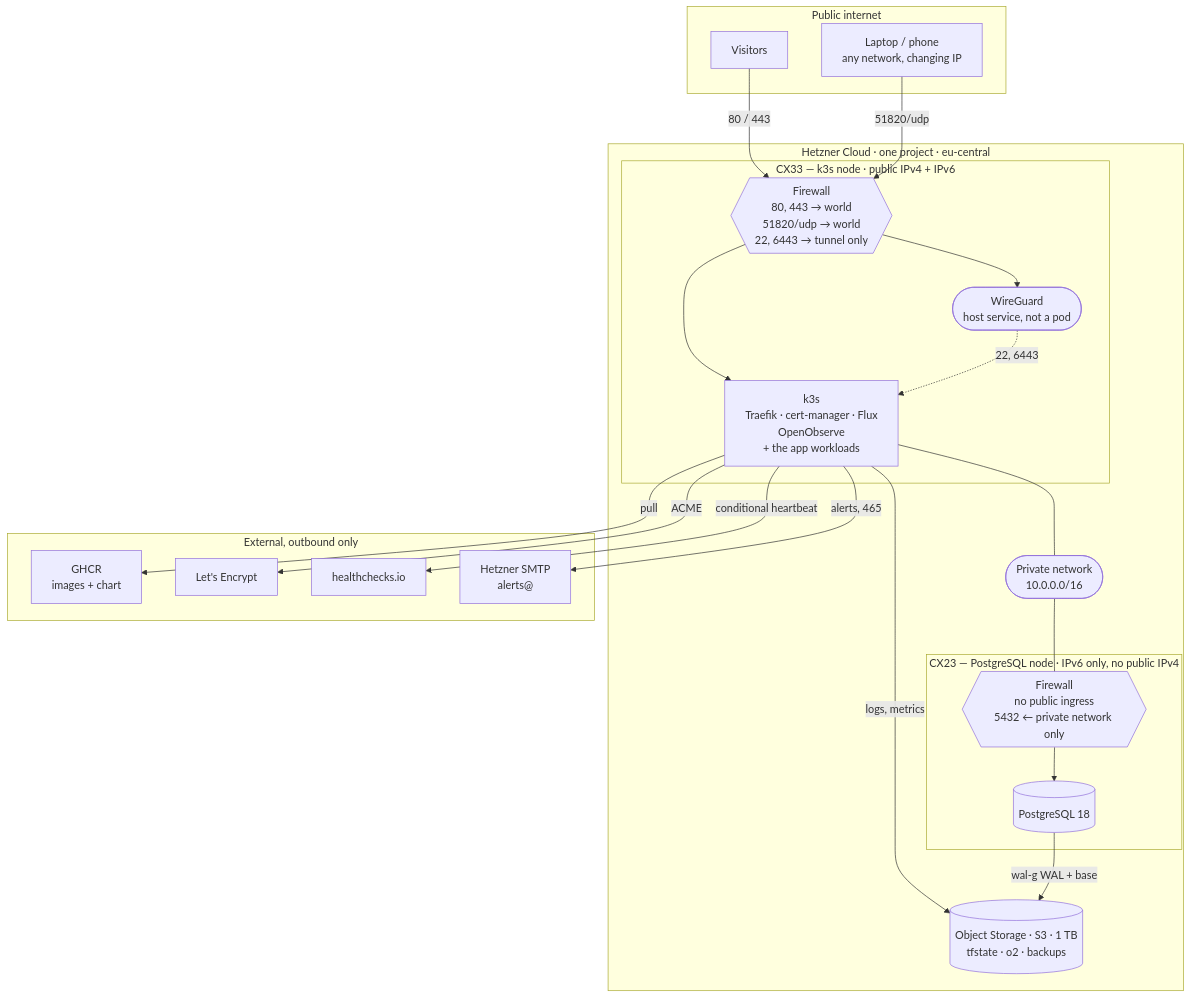
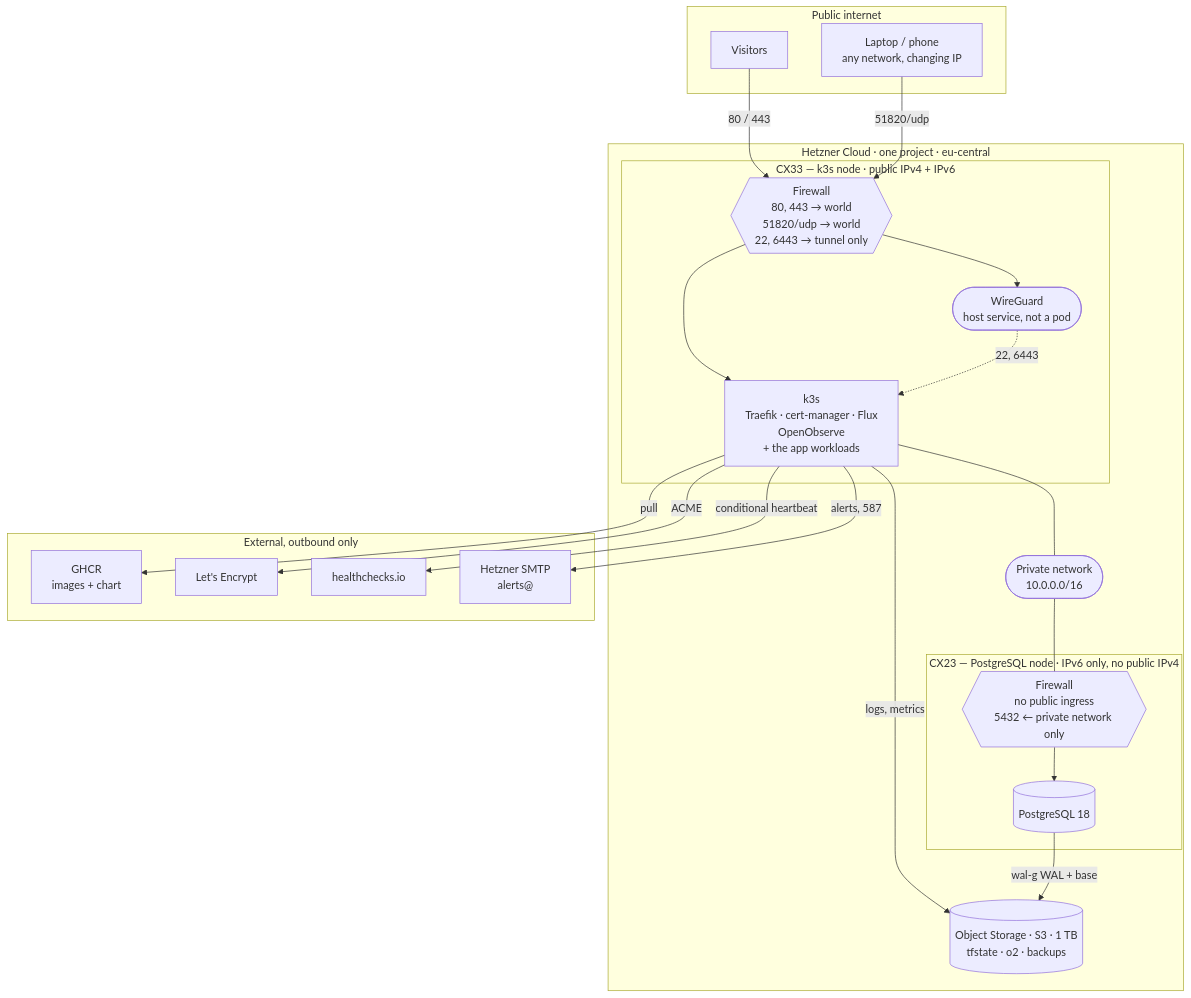
Before and after one commit to enorm-labs/event-junkie: the first of 4 diagrams in docs/ops/PLATFORM_SETUP.md, drawn with Mermaid. The commit also changed 9 other files, not shown here.

````diff
--- a/docs/ops/PLATFORM_SETUP.md
+++ b/docs/ops/PLATFORM_SETUP.md
@@ -43,43 +43,43 @@
 ```mermaid
 flowchart TB
     subgraph net["Public internet"]
         vis["Visitors"]
         dev["Laptop / phone<br/>any network, changing IP"]
     end
 
     subgraph hz["Hetzner Cloud · one project · eu-central"]
         subgraph n1["CX33 — k3s node · public IPv4 + IPv6"]
             f1{{"Firewall<br/>80, 443 → world<br/>51820/udp → world<br/>22, 6443 → tunnel only"}}
             wg(["WireGuard<br/>host service, not a pod"])
             k3s["k3s<br/>Traefik · cert-manager · Flux<br/>OpenObserve<br/>+ the app workloads"]
         end
         subgraph n2["CX23 — PostgreSQL node · IPv6 only, no public IPv4"]
             f2{{"Firewall<br/>no public ingress<br/>5432 ← private network only"}}
             pg[("PostgreSQL 18")]
         end
         pn(["Private network<br/>10.0.0.0/16"])
         os[("Object Storage · S3 · 1 TB<br/>tfstate · o2 · backups")]
     end
 
     subgraph ext["External, outbound only"]
         ghcr["GHCR<br/>images + chart"]
         le["Let's Encrypt"]
         hc["healthchecks.io"]
         sm["Hetzner SMTP<br/>alerts@"]
     end
 
     vis -->|"80 / 443"| f1
     dev -->|"51820/udp"| f1
     f1 --> wg
     f1 --> k3s
     wg -.->|"22, 6443"| k3s
     k3s --- pn
     pn --- f2
     f2 --> pg
     k3s -->|"logs, metrics"| os
     pg -->|"wal-g WAL + base"| os
     k3s -->|"pull"| ghcr
     k3s -->|"ACME"| le
     k3s -->|"conditional heartbeat"| hc
-    k3s -->|"alerts, 465"| sm
+    k3s -->|"alerts, 587"| sm
 ```
````
